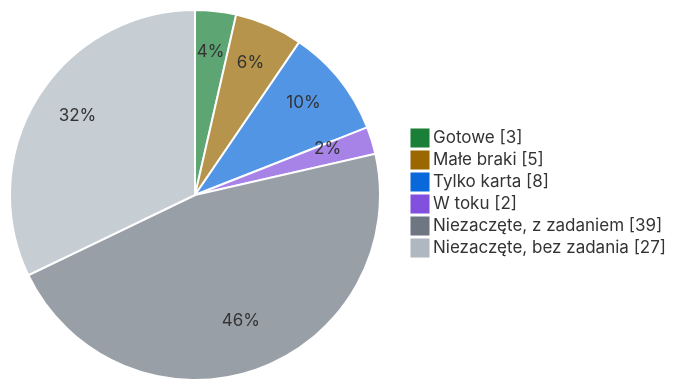
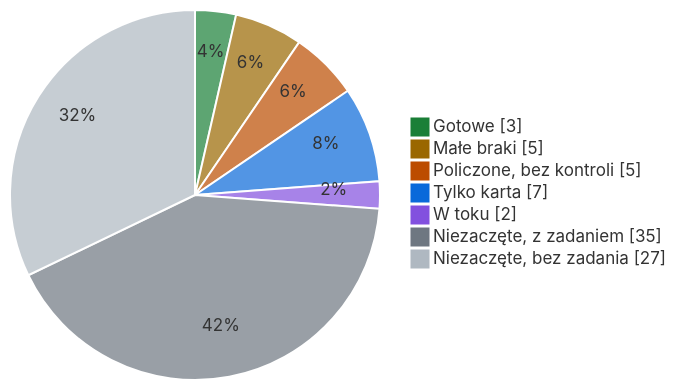
Before and after one commit to slayerlabs/benchmarks-fabryka-ai: the diagram in research/STATUS.md, drawn with Mermaid. The commit also changed other lines of this file and 1 other file, not shown here.

First line of the commit message:
docs: STATUS.md - sekcja "Policzone, bez kontroli" z przebiegu centralnego

````diff
--- a/research/STATUS.md
+++ b/research/STATUS.md
@@ -12,10 +13,11 @@
 ```mermaid
-%%{init: {'theme': 'base', 'themeVariables': {'pie1': '#1a7f37', 'pie2': '#9a6700', 'pie3': '#0969da', 'pie4': '#8250df', 'pie5': '#6e7781', 'pie6': '#afb8c1', 'pieStrokeColor': '#ffffff', 'pieOuterStrokeWidth': '0px'}}}%%
+%%{init: {'theme': 'base', 'themeVariables': {'pie1': '#1a7f37', 'pie2': '#9a6700', 'pie3': '#bc4c00', 'pie4': '#0969da', 'pie5': '#8250df', 'pie6': '#6e7781', 'pie7': '#afb8c1', 'pieStrokeColor': '#ffffff', 'pieOuterStrokeWidth': '0px'}}}%%
 pie showData
     "Gotowe" : 3
     "Małe braki" : 5
-    "Tylko karta" : 8
+    "Policzone, bez kontroli" : 5
+    "Tylko karta" : 7
     "W toku" : 2
-    "Niezaczęte, z zadaniem" : 39
+    "Niezaczęte, z zadaniem" : 35
     "Niezaczęte, bez zadania" : 27
 ```
````
